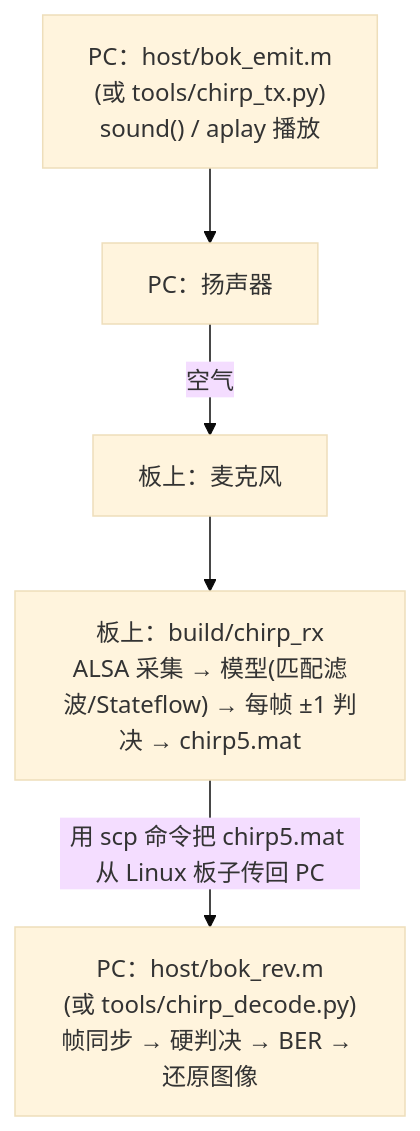
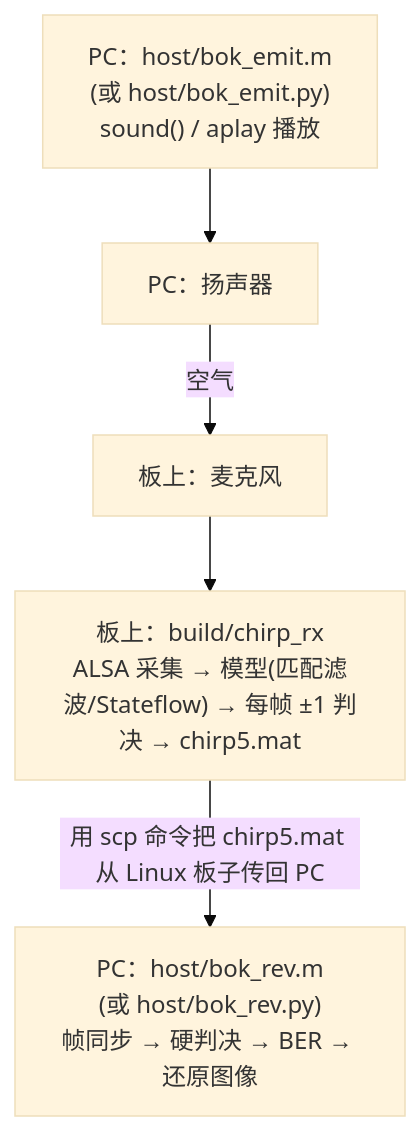
Before and after one commit to padhialuo0426/portable-acoustic-sdr: the second of 2 diagrams in documents/实验二_chirp扩频.md, drawn with Mermaid (base theme). The commit also changed other lines of this file and 4 other files, not shown here.

````diff
--- a/documents/实验二_chirp扩频.md
+++ b/documents/实验二_chirp扩频.md
@@ -32,11 +32,11 @@
 ```mermaid
 flowchart TD
-    emit["PC：host/bok_emit.m<br/>(或 tools/chirp_tx.py)<br/>sound() / aplay 播放"]
+    emit["PC：host/bok_emit.m<br/>(或 host/bok_emit.py)<br/>sound() / aplay 播放"]
     spk["PC：扬声器"]
     mic["板上：麦克风"]
     rx["板上：build/chirp_rx<br/>ALSA 采集 → 模型(匹配滤波/Stateflow) → 每帧 ±1 判决 → chirp5.mat"]
-    dec["PC：host/bok_rev.m<br/>(或 tools/chirp_decode.py)<br/>帧同步 → 硬判决 → BER → 还原图像"]
+    dec["PC：host/bok_rev.m<br/>(或 host/bok_rev.py)<br/>帧同步 → 硬判决 → BER → 还原图像"]
 
     emit --> spk -->|"空气"| mic --> rx
     rx -->|"用 scp 命令把 chirp5.mat 从 Linux 板子传回 PC"| dec
 ```
````
